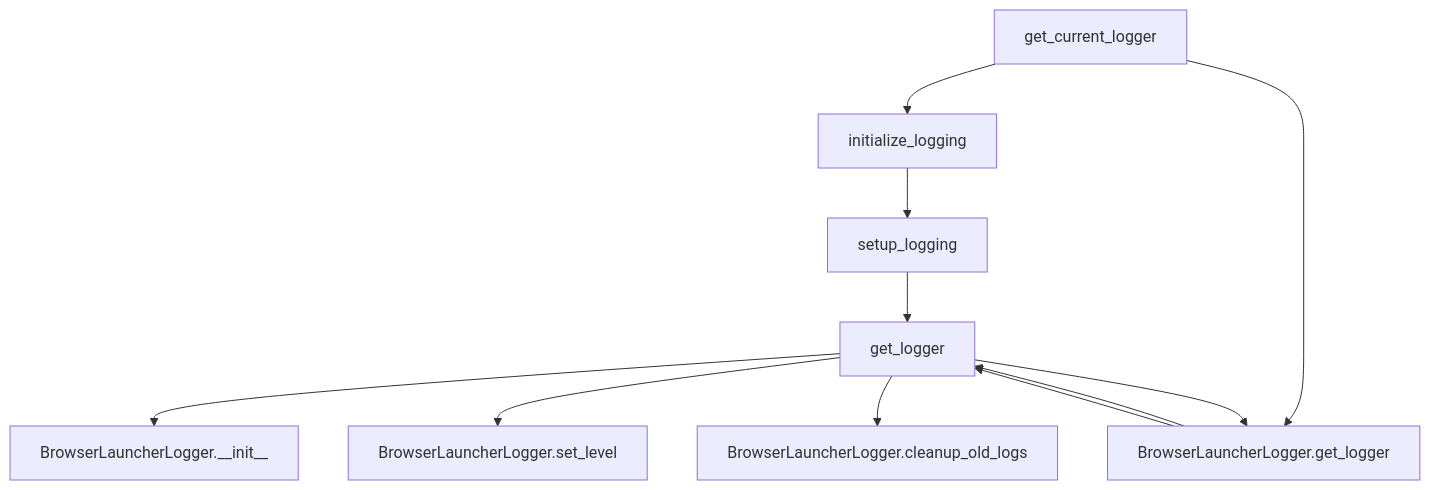
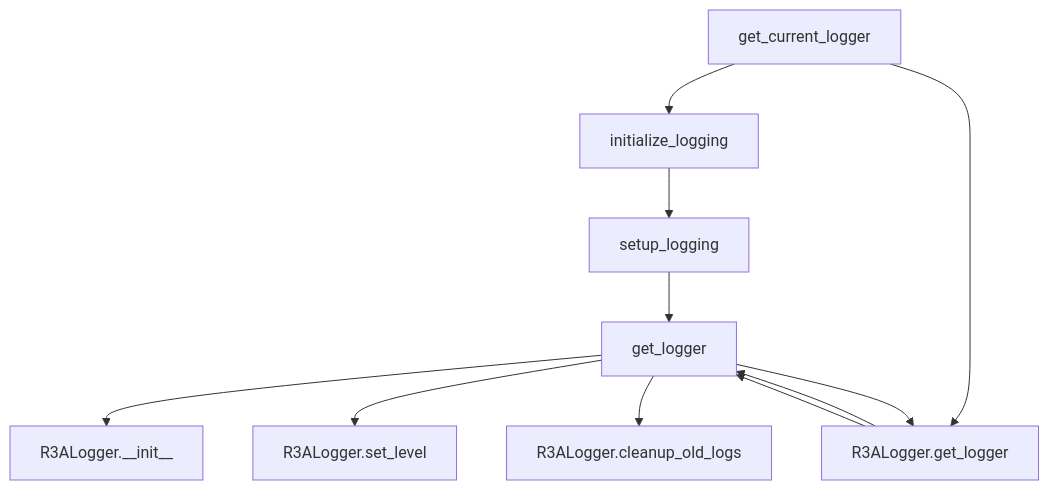
The diagram in docs/logger_flowchart_TD.md (RamonAlcantaraArceo/r3a-minikit), drawn with Mermaid before and after one commit. The commit also changed 2 other files, not shown here.

Commit message:
Clarifies logger propagation and updates docs
Revises logger behavior so propagation is always disabled,
preventing duplicate log records when patching the root logger
and ensuring output is self-contained otherwise. Updates
documentation and flowcharts to reflect class renaming and
new installation instructions.

````diff
--- a/docs/logger_flowchart_TD.md
+++ b/docs/logger_flowchart_TD.md
@@ -1,22 +1,22 @@
 ```mermaid
 flowchart TD
     get_logger["get_logger"]
     setup_logging["setup_logging"]
     initialize_logging["initialize_logging"]
     get_current_logger["get_current_logger"]
-    BrowserLauncherLogger__init__["BrowserLauncherLogger.__init__"]
-    set_level["BrowserLauncherLogger.set_level"]
-    get_logger_method["BrowserLauncherLogger.get_logger"]
-    cleanup_old_logs["BrowserLauncherLogger.cleanup_old_logs"]
+    R3ALogger__init__["R3ALogger.__init__"]
+    set_level["R3ALogger.set_level"]
+    get_logger_method["R3ALogger.get_logger"]
+    cleanup_old_logs["R3ALogger.cleanup_old_logs"]
 
     get_current_logger --> initialize_logging
     initialize_logging --> setup_logging
     setup_logging --> get_logger
-    get_logger --> BrowserLauncherLogger__init__
+    get_logger --> R3ALogger__init__
     get_current_logger --> get_logger_method
     get_logger_method --> get_logger
     get_logger --> get_logger_method
     get_logger_method --> get_logger
     get_logger --> set_level
     get_logger --> cleanup_old_logs
 ```
````
